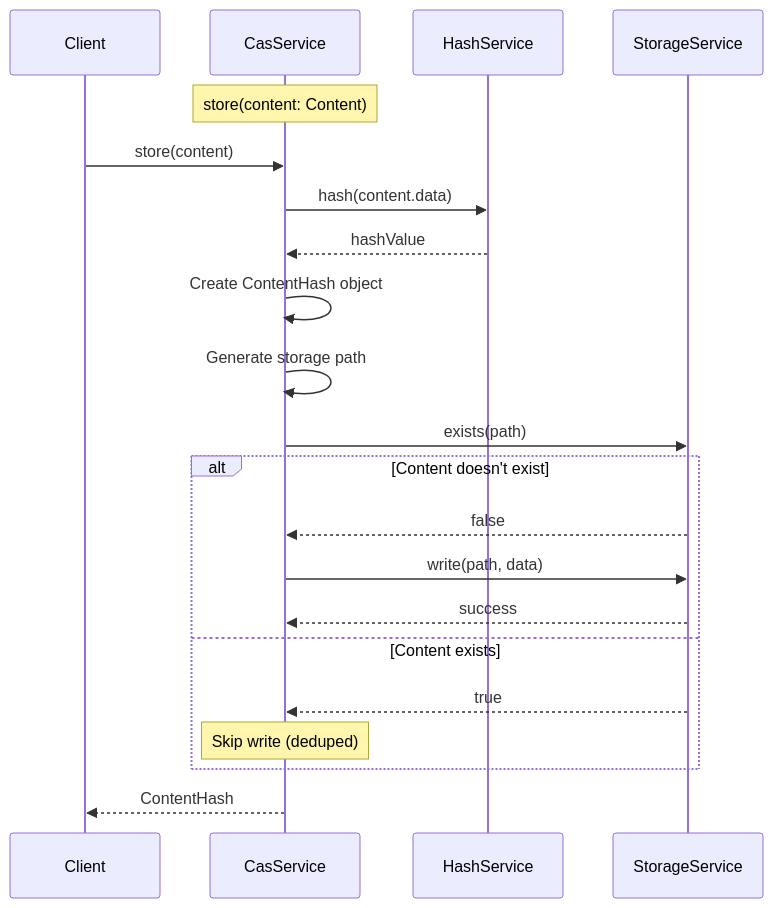
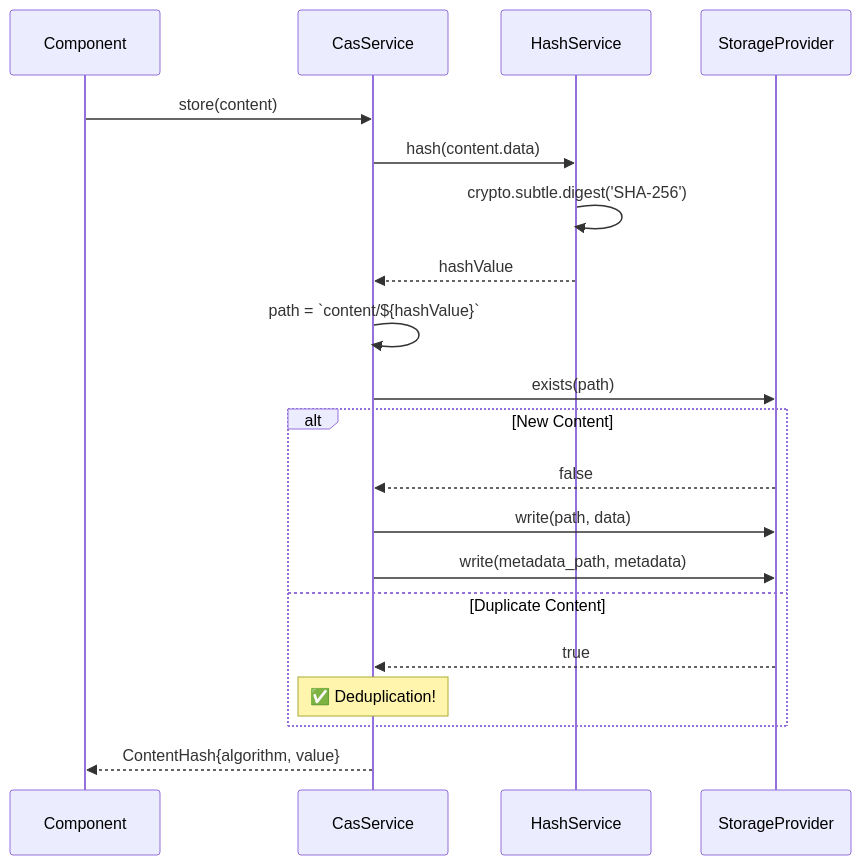
The seventh of 13 diagrams in docs/architecture/service-architecture.md (o2alexanderfedin/angular-cas-disot), drawn with Mermaid before and after one commit. The commit also changed other lines of this file and 18 other files, not shown here.

````diff
--- a/docs/architecture/service-architecture.md
+++ b/docs/architecture/service-architecture.md
@@ -236,28 +164,26 @@
 ```mermaid
 sequenceDiagram
-    participant Client
-    participant CAS as CasService
-    participant Hash as HashService
-    participant Storage as StorageService
+    participant Component
+    participant CasService
+    participant HashService
+    participant StorageProvider
     
-    Note over CAS: store(content: Content)
+    Component->>CasService: store(content)
+    CasService->>HashService: hash(content.data)
+    HashService->>HashService: crypto.subtle.digest('SHA-256')
+    HashService-->>CasService: hashValue
     
-    Client->>CAS: store(content)
-    CAS->>Hash: hash(content.data)
-    Hash-->>CAS: hashValue
+    CasService->>CasService: path = `content/${hashValue}`
     
-    CAS->>CAS: Create ContentHash object
-    CAS->>CAS: Generate storage path
-    
-    CAS->>Storage: exists(path)
-    alt Content doesn't exist
-        Storage-->>CAS: false
-        CAS->>Storage: write(path, data)
-        Storage-->>CAS: success
-    else Content exists
-        Storage-->>CAS: true
-        Note over CAS: Skip write (deduped)
+    CasService->>StorageProvider: exists(path)
+    alt New Content
+        StorageProvider-->>CasService: false
+        CasService->>StorageProvider: write(path, data)
+        CasService->>StorageProvider: write(metadata_path, metadata)
+    else Duplicate Content
+        StorageProvider-->>CasService: true
+        Note over CasService: ✅ Deduplication!
     end
     
-    CAS-->>Client: ContentHash
+    CasService-->>Component: ContentHash{algorithm, value}
 ```
````
